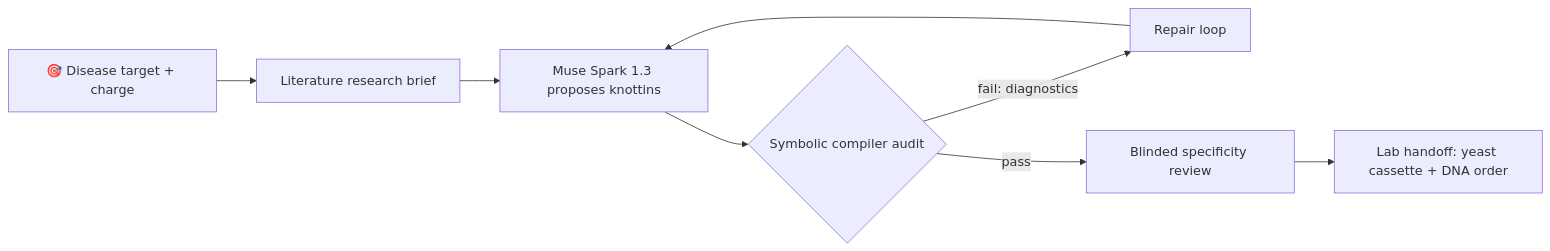
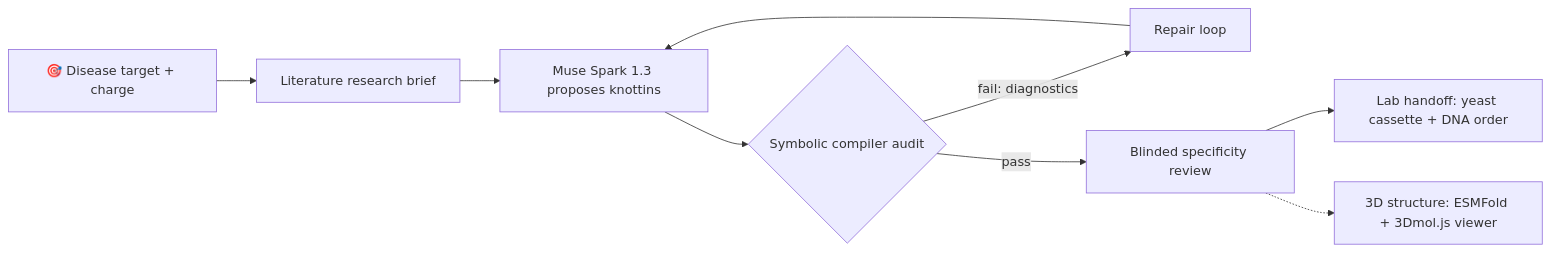
Before and after one commit to henryweimd/cozy-peptide: the diagram in README.md, drawn with Mermaid. The commit also changed other lines of this file and 10 other files, not shown here.

First line of the commit message:
feat: ESMFold 3D structure prediction and viewer

````diff
--- a/README.md
+++ b/README.md
@@ -162,10 +162,11 @@
 ```mermaid
 flowchart LR
     A["🎯 Disease target + charge"] --> R["Literature research brief"]
     R --> B["Muse Spark 1.3 proposes knottins"]
     B --> C{"Symbolic compiler audit"}
     C -->|"fail: diagnostics"| D["Repair loop"]
     D --> B
     C -->|"pass"| S["Blinded specificity review"]
     S --> E["Lab handoff: yeast cassette + DNA order"]
+    S -.-> F["3D structure: ESMFold + 3Dmol.js viewer"]
 ```
````
